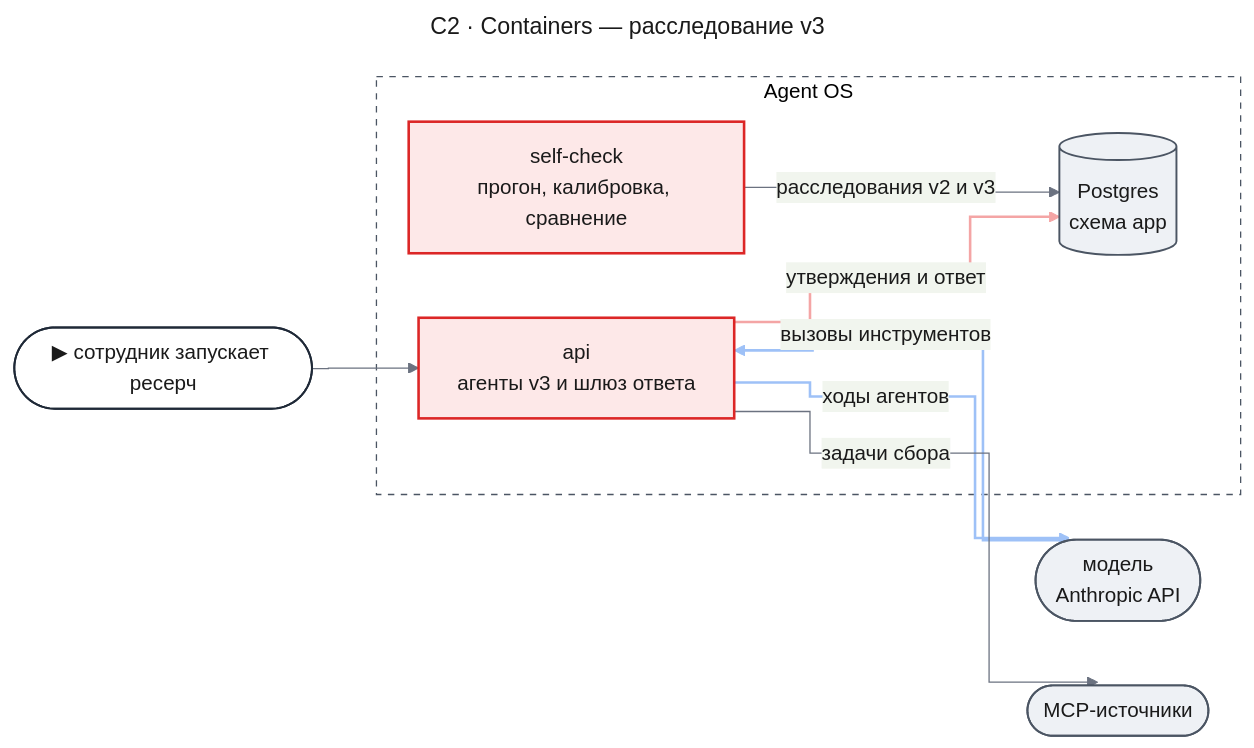
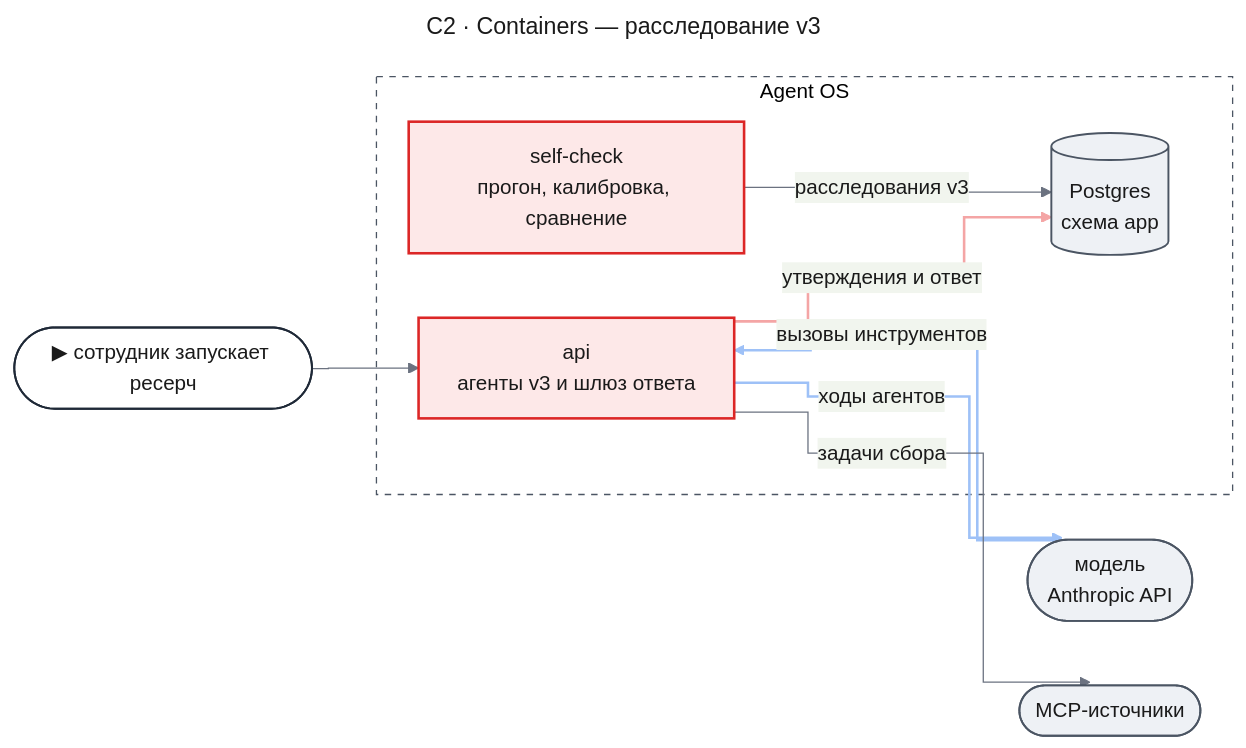
One commit to tundraray/agent-os changed the first of 9 diagrams in docs/features/agent-runtime/design-research-flow.md. Above: the diagram before and after it, drawn with Mermaid. The commit also changed other lines of this file and 3 other files, not shown here.

````diff
--- a/docs/features/agent-runtime/design-research-flow.md
+++ b/docs/features/agent-runtime/design-research-flow.md
@@ -192,46 +188,46 @@
 ```mermaid
 ---
 title: "C2 · Containers — расследование v3"
 config:
   theme: base
   look: classic
   themeVariables:
     primaryColor: "#eef1f5"
     primaryBorderColor: "#4b5563"
     primaryTextColor: "#1a1a1a"
     lineColor: "#6b7280"
   flowchart:
     curve: step
   themeCSS: |
     @keyframes lit_rf2{0%,30%{stroke:#991b1b;stroke-width:6px}33.3%,100%{stroke:#f4a5a5;stroke-width:2px}}
     @keyframes litr_rf2{0%,30%{stroke:#1d4ed8;stroke-width:6px}33.3%,100%{stroke:#9ec1f7;stroke-width:2px}}
 ---
 flowchart LR
     entry(["▶ сотрудник запускает ресерч"])
     model(["модель<br/>Anthropic API"])
     subgraph aos["Agent OS"]
         api["api<br/>агенты v3 и шлюз ответа"]
         db[("Postgres<br/>схема app")]
         sc["self-check<br/>прогон, калибровка, сравнение"]
     end
     mcp(["MCP-источники"])
     entry --> api
     api e1@-->|"ходы агентов"| model
     model e2@-->|"вызовы инструментов"| api
     api e3@-->|"утверждения и ответ"| db
     api -->|"задачи сбора"| mcp
-    sc -->|"расследования v2 и v3"| db
+    sc -->|"расследования v3"| db
     classDef entry fill:#ffffff,stroke:#1f2937,stroke-width:1.5px,color:#1a1a1a
     classDef changed fill:#fde8e8,stroke:#dc2626,stroke-width:2px,color:#1a1a1a
     classDef unchanged fill:#eef1f5,stroke:#4b5563,stroke-width:1.5px,color:#1a1a1a
     classDef w1 stroke:#f4a5a5,stroke-width:2px,animation:lit_rf2 3.6s linear 0s infinite
     classDef r2 stroke:#9ec1f7,stroke-width:2px,animation:litr_rf2 3.6s linear 1.2s infinite
     classDef r3 stroke:#9ec1f7,stroke-width:2px,animation:litr_rf2 3.6s linear 2.4s infinite
     class entry entry
     class api,sc changed
     class db,model,mcp unchanged
     class e3 w1
     class e1 r2
     class e2 r3
     style aos fill:none,stroke:#4b5563,stroke-dasharray:5 5
 ```
````
